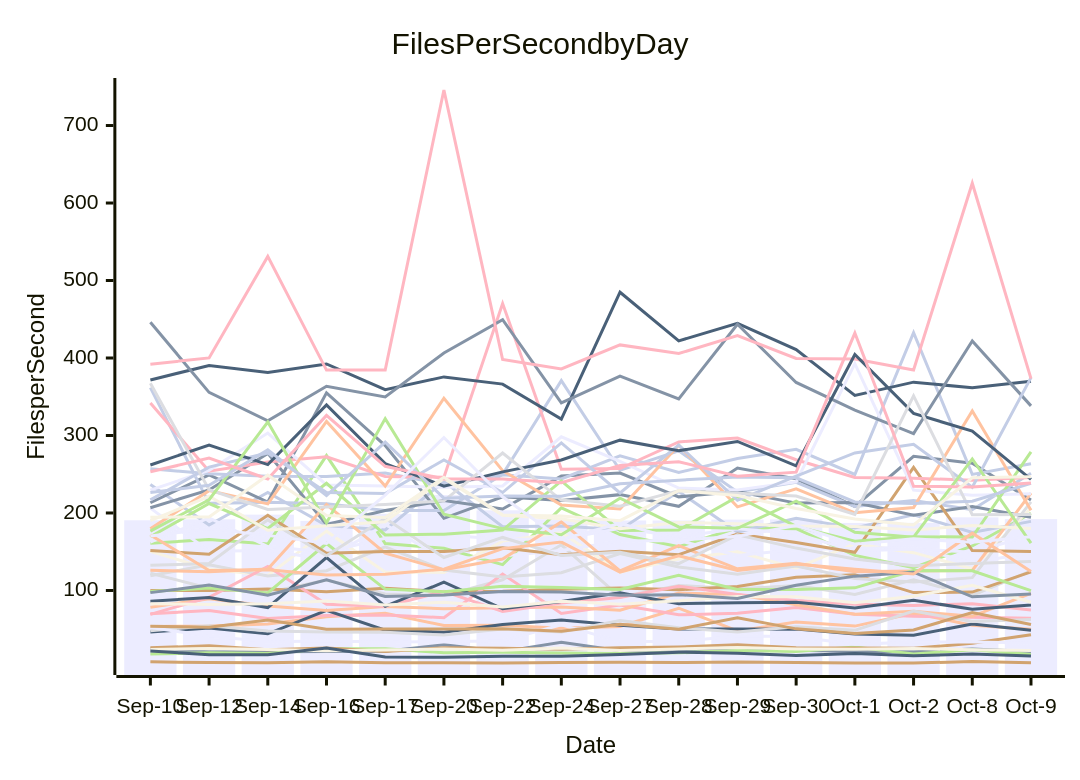
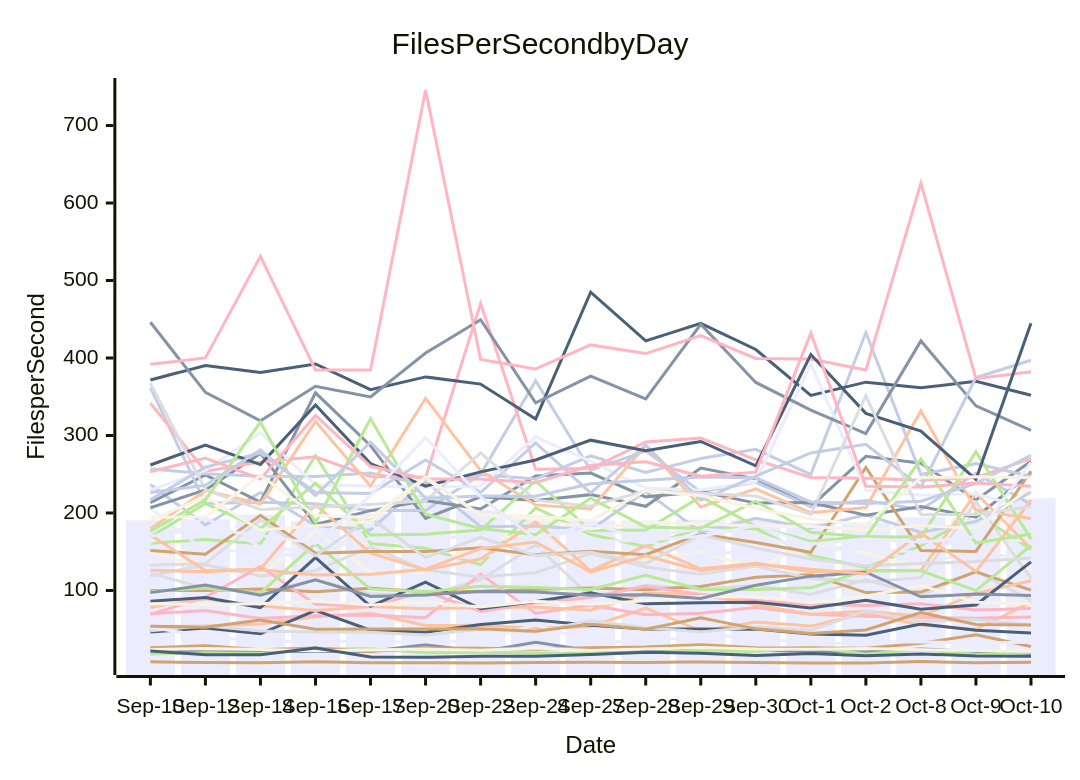
One commit to streetsidesoftware/cspell changed the diagram in perf-report.md. Above: the diagram before and after it, drawn with Mermaid. The commit also changed other lines of this file and 2 other files, not shown here.

````diff
--- a/perf-report.md
+++ b/perf-report.md
@@ -11,57 +11,57 @@
 ```mermaid
 xychart-beta
     title Files Per Second by Day
     y-axis Files per Second
-    x-axis Date [Sep-10, Sep-12, Sep-14, Sep-16, Sep-17, Sep-20, Sep-22, Sep-24, Sep-27, Sep-28, Sep-29, Sep-30, Oct-1, Oct-2, Oct-8, Oct-9]
-    bar [190.61, 191.83, 197.87, 189.83, 198.93, 223.14, 203.41, 191.85, 190.34, 190.33, 191.42, 191.65, 187.17, 187.29, 194.39, 192.05]
-    line [24.50, 21.07, 20.76, 21.20, 21.42, 29.89, 21.10, 33.29, 22.21, 22.99, 25.81, 22.79, 21.40, 20.78, 24.57, 21.27]
-    line [53.43, 54.08, 56.65, 66.08, 70.58, 54.86, 55.17, 51.26, 53.54, 77.09, 47.84, 59.17, 54.01, 70.63, 55.18, 49.90]
-    line [122.20, 102.97, 97.36, 113.44, 95.42, 93.37, 113.84, 158.94, 91.50, 106.48, 102.03, 106.46, 94.98, 113.77, 93.63, 125.18]
-    line [161.06, 165.68, 159.91, 274.11, 160.48, 154.49, 133.29, 206.55, 172.23, 156.59, 180.95, 179.76, 145.22, 129.53, 157.39, 199.58]
-    line [99.87, 99.90, 101.98, 98.46, 103.01, 98.38, 99.03, 101.47, 103.27, 100.93, 105.22, 117.10, 120.39, 97.23, 97.90, 123.96]
-    line [236.79, 184.39, 226.41, 183.84, 178.08, 240.62, 182.34, 183.11, 178.48, 227.71, 175.37, 193.07, 180.70, 197.68, 174.97, 189.16]
-    line [70.06, 74.08, 63.80, 67.85, 68.28, 64.95, 121.18, 70.33, 81.37, 68.55, 70.46, 78.07, 69.43, 66.84, 65.37, 64.09]
-    line [46.33, 51.70, 44.11, 74.38, 48.80, 46.22, 56.03, 61.86, 55.07, 50.38, 50.26, 50.11, 43.90, 42.10, 56.81, 48.66]
-    line [150.41, 127.69, 119.42, 176.53, 123.45, 123.33, 163.66, 174.86, 123.76, 140.60, 149.87, 128.75, 160.37, 148.80, 127.97, 206.50]
-    line [206.25, 150.67, 151.50, 140.12, 185.15, 139.87, 144.59, 151.47, 163.76, 164.48, 145.07, 153.00, 154.07, 155.61, 136.07, 148.26]
-    line [213.19, 249.06, 214.17, 355.08, 286.90, 193.09, 220.97, 216.09, 223.67, 208.59, 258.02, 244.00, 208.42, 273.15, 264.14, 216.71]
-    line [78.42, 89.26, 79.87, 74.03, 79.32, 76.57, 77.71, 78.68, 74.59, 96.62, 94.86, 81.46, 69.18, 73.06, 66.65, 96.25]
-    line [119.12, 133.12, 118.61, 125.51, 156.41, 126.36, 117.29, 122.97, 147.55, 130.31, 120.84, 131.56, 115.38, 110.82, 116.53, 214.42]
-    line [17.95, 19.65, 18.79, 24.79, 24.63, 19.73, 20.13, 19.16, 18.74, 19.48, 22.38, 21.10, 27.10, 18.00, 23.58, 17.31]
-    line [26.09, 28.54, 23.63, 25.87, 21.39, 25.97, 25.29, 24.28, 26.03, 27.14, 29.89, 26.22, 25.83, 25.33, 31.76, 42.94]
-    line [361.86, 212.41, 213.84, 211.89, 203.30, 203.26, 249.81, 370.77, 255.08, 280.21, 227.10, 239.56, 208.40, 216.14, 204.22, 251.15]
-    line [69.10, 91.26, 130.94, 82.16, 79.40, 98.84, 72.96, 83.85, 90.86, 105.55, 94.80, 87.05, 82.35, 80.71, 82.95, 74.90]
-    line [86.08, 90.96, 77.91, 142.49, 79.52, 110.64, 76.31, 85.79, 97.01, 82.92, 84.16, 84.72, 77.34, 87.34, 75.86, 81.29]
-    line [23.91, 25.15, 23.74, 22.20, 23.03, 24.38, 22.79, 25.90, 22.55, 24.52, 26.32, 24.36, 24.04, 25.09, 23.35, 22.45]
-    line [162.53, 193.68, 156.67, 149.67, 167.24, 171.44, 166.11, 165.94, 180.17, 169.69, 179.61, 173.13, 150.88, 153.50, 149.45, 170.98]
-    line [206.81, 229.76, 276.88, 185.15, 203.08, 216.06, 205.09, 247.61, 251.50, 220.80, 227.59, 212.73, 213.55, 197.04, 208.25, 194.51]
-    line [125.97, 124.19, 127.77, 210.87, 148.03, 126.65, 140.55, 188.49, 125.20, 157.87, 127.91, 135.21, 124.24, 125.20, 125.79, 225.70]
-    line [48.10, 54.31, 47.78, 46.42, 45.99, 42.51, 50.42, 46.36, 61.34, 51.99, 46.51, 53.11, 48.59, 73.40, 59.94, 62.62]
-    line [98.76, 103.06, 96.78, 160.57, 101.71, 98.32, 105.51, 103.82, 101.18, 119.72, 101.30, 101.24, 103.40, 125.70, 125.48, 99.76]
-    line [151.54, 146.78, 197.07, 148.01, 150.26, 150.22, 155.16, 146.16, 150.57, 146.25, 172.87, 161.95, 149.25, 258.77, 151.43, 150.43]
-    line [256.96, 250.64, 247.49, 246.97, 251.50, 236.84, 249.23, 243.91, 273.74, 252.33, 270.33, 282.14, 249.68, 432.83, 249.77, 263.65]
-    line [341.82, 253.99, 265.83, 272.53, 247.23, 246.03, 470.19, 256.56, 257.27, 291.74, 296.65, 268.66, 245.94, 244.92, 242.23, 245.65]
-    line [371.64, 390.41, 381.43, 392.33, 359.21, 375.60, 366.33, 321.23, 484.87, 422.08, 444.64, 410.96, 351.78, 368.84, 361.47, 370.09]
-    line [82.91, 82.03, 82.90, 86.51, 81.41, 84.89, 78.73, 86.02, 82.17, 86.87, 92.07, 92.00, 84.24, 92.67, 106.68, 84.76]
-    line [229.46, 255.09, 303.17, 236.15, 234.71, 233.17, 234.84, 298.34, 266.72, 232.18, 229.70, 240.06, 392.72, 229.48, 222.78, 224.66]
-    line [446.16, 355.63, 318.90, 363.44, 349.72, 406.48, 449.44, 342.12, 376.67, 347.31, 443.48, 368.45, 332.70, 302.48, 422.03, 338.21]
-    line [179.78, 228.82, 211.67, 318.15, 234.86, 348.02, 254.54, 210.42, 205.10, 287.53, 207.85, 231.21, 200.22, 207.10, 331.74, 203.63]
-    line [132.44, 134.89, 191.12, 144.91, 193.30, 142.56, 168.42, 145.10, 149.37, 134.63, 171.73, 154.69, 140.49, 131.94, 134.65, 137.28]
-    line [169.33, 212.19, 179.89, 238.35, 171.61, 172.61, 177.91, 241.32, 177.39, 178.05, 221.01, 182.74, 163.48, 169.32, 168.97, 278.92]
-    line [7.87, 6.93, 6.69, 7.98, 6.67, 6.83, 6.48, 7.18, 7.27, 6.94, 7.83, 6.98, 6.40, 6.43, 8.18, 6.76]
-    line [216.89, 259.14, 277.45, 226.45, 225.10, 268.40, 226.40, 290.41, 225.84, 287.60, 216.33, 247.70, 277.53, 288.63, 233.16, 374.71]
-    line [392.00, 400.11, 531.12, 384.37, 384.60, 745.85, 398.12, 385.90, 416.89, 405.74, 428.96, 399.50, 398.65, 384.43, 625.58, 373.38]
-    line [261.93, 287.76, 262.40, 339.51, 263.75, 234.66, 253.01, 268.39, 293.97, 280.40, 292.26, 260.88, 404.51, 328.53, 305.64, 243.36]
-    line [190.13, 221.56, 177.63, 183.43, 188.58, 244.43, 196.97, 192.51, 179.82, 187.80, 186.23, 183.20, 182.62, 177.99, 183.70, 179.89]
-    line [52.27, 41.14, 33.93, 34.79, 33.36, 33.83, 35.26, 55.80, 33.99, 34.03, 41.23, 40.49, 30.44, 33.53, 33.57, 32.29]
-    line [97.23, 107.06, 93.89, 113.70, 92.25, 94.28, 98.57, 98.01, 93.82, 94.62, 89.71, 106.79, 118.50, 123.61, 91.76, 95.32]
-    line [171.63, 125.66, 126.89, 119.89, 121.04, 127.46, 154.00, 162.49, 123.69, 144.71, 125.72, 134.25, 127.46, 121.17, 173.95, 124.58]
-    line [367.52, 230.07, 204.55, 207.72, 211.00, 215.66, 277.45, 216.60, 208.75, 228.82, 225.46, 221.92, 198.17, 351.24, 197.76, 198.13]
-    line [176.65, 217.04, 317.36, 187.32, 321.78, 198.42, 179.83, 171.82, 219.08, 181.95, 180.26, 215.27, 175.03, 168.70, 269.72, 161.18]
-    line [53.96, 52.43, 61.82, 49.92, 50.20, 50.36, 50.54, 47.43, 56.40, 49.96, 64.67, 50.46, 44.40, 48.96, 71.61, 56.00]
-    line [226.37, 235.76, 281.57, 222.43, 291.44, 219.17, 221.75, 221.55, 237.73, 242.39, 246.40, 245.33, 214.25, 212.38, 215.08, 238.25]
-    line [253.18, 270.83, 243.92, 325.88, 260.22, 243.99, 243.96, 239.11, 261.23, 266.19, 247.38, 252.69, 432.16, 234.56, 233.40, 238.56]
-    line [21.93, 17.01, 17.04, 25.59, 14.10, 13.68, 15.06, 15.07, 17.30, 20.40, 18.84, 16.01, 18.80, 15.62, 18.14, 15.49]
-    line [194.56, 194.84, 248.77, 196.63, 194.10, 246.18, 197.54, 195.96, 190.07, 228.82, 222.46, 205.73, 192.21, 184.58, 245.51, 246.82]
-    line [170.36, 179.54, 171.09, 160.76, 222.99, 297.37, 220.86, 165.88, 186.63, 165.05, 169.83, 183.91, 159.55, 166.58, 162.12, 169.35]
+    x-axis Date [Sep-10, Sep-12, Sep-14, Sep-16, Sep-17, Sep-20, Sep-22, Sep-24, Sep-27, Sep-28, Sep-29, Sep-30, Oct-1, Oct-2, Oct-8, Oct-9, Oct-10]
+    bar [190.61, 191.83, 197.87, 189.83, 198.93, 223.14, 203.41, 191.85, 190.34, 190.33, 191.42, 191.65, 187.17, 187.29, 194.39, 192.05, 218.83]
+    line [24.50, 21.07, 20.76, 21.20, 21.42, 29.89, 21.10, 33.29, 22.21, 22.99, 25.81, 22.79, 21.40, 20.78, 24.57, 21.27, 19.07]
+    line [53.43, 54.08, 56.65, 66.08, 70.58, 54.86, 55.17, 51.26, 53.54, 77.09, 47.84, 59.17, 54.01, 70.63, 55.18, 49.90, 84.72]
+    line [122.20, 102.97, 97.36, 113.44, 95.42, 93.37, 113.84, 158.94, 91.50, 106.48, 102.03, 106.46, 94.98, 113.77, 93.63, 125.18, 87.00]
+    line [161.06, 165.68, 159.91, 274.11, 160.48, 154.49, 133.29, 206.55, 172.23, 156.59, 180.95, 179.76, 145.22, 129.53, 157.39, 199.58, 152.82]
+    line [99.87, 99.90, 101.98, 98.46, 103.01, 98.38, 99.03, 101.47, 103.27, 100.93, 105.22, 117.10, 120.39, 97.23, 97.90, 123.96, 100.36]
+    line [236.79, 184.39, 226.41, 183.84, 178.08, 240.62, 182.34, 183.11, 178.48, 227.71, 175.37, 193.07, 180.70, 197.68, 174.97, 189.16, 226.87]
+    line [70.06, 74.08, 63.80, 67.85, 68.28, 64.95, 121.18, 70.33, 81.37, 68.55, 70.46, 78.07, 69.43, 66.84, 65.37, 64.09, 65.74]
+    line [46.33, 51.70, 44.11, 74.38, 48.80, 46.22, 56.03, 61.86, 55.07, 50.38, 50.26, 50.11, 43.90, 42.10, 56.81, 48.66, 45.19]
+    line [150.41, 127.69, 119.42, 176.53, 123.45, 123.33, 163.66, 174.86, 123.76, 140.60, 149.87, 128.75, 160.37, 148.80, 127.97, 206.50, 122.84]
+    line [206.25, 150.67, 151.50, 140.12, 185.15, 139.87, 144.59, 151.47, 163.76, 164.48, 145.07, 153.00, 154.07, 155.61, 136.07, 148.26, 141.19]
+    line [213.19, 249.06, 214.17, 355.08, 286.90, 193.09, 220.97, 216.09, 223.67, 208.59, 258.02, 244.00, 208.42, 273.15, 264.14, 216.71, 266.75]
+    line [78.42, 89.26, 79.87, 74.03, 79.32, 76.57, 77.71, 78.68, 74.59, 96.62, 94.86, 81.46, 69.18, 73.06, 66.65, 96.25, 112.51]
+    line [119.12, 133.12, 118.61, 125.51, 156.41, 126.36, 117.29, 122.97, 147.55, 130.31, 120.84, 131.56, 115.38, 110.82, 116.53, 214.42, 116.00]
+    line [17.95, 19.65, 18.79, 24.79, 24.63, 19.73, 20.13, 19.16, 18.74, 19.48, 22.38, 21.10, 27.10, 18.00, 23.58, 17.31, 20.37]
+    line [26.09, 28.54, 23.63, 25.87, 21.39, 25.97, 25.29, 24.28, 26.03, 27.14, 29.89, 26.22, 25.83, 25.33, 31.76, 42.94, 27.61]
+    line [361.86, 212.41, 213.84, 211.89, 203.30, 203.26, 249.81, 370.77, 255.08, 280.21, 227.10, 239.56, 208.40, 216.14, 204.22, 251.15, 211.26]
+    line [69.10, 91.26, 130.94, 82.16, 79.40, 98.84, 72.96, 83.85, 90.86, 105.55, 94.80, 87.05, 82.35, 80.71, 82.95, 74.90, 76.80]
+    line [86.08, 90.96, 77.91, 142.49, 79.52, 110.64, 76.31, 85.79, 97.01, 82.92, 84.16, 84.72, 77.34, 87.34, 75.86, 81.29, 136.91]
+    line [23.91, 25.15, 23.74, 22.20, 23.03, 24.38, 22.79, 25.90, 22.55, 24.52, 26.32, 24.36, 24.04, 25.09, 23.35, 22.45, 21.51]
+    line [162.53, 193.68, 156.67, 149.67, 167.24, 171.44, 166.11, 165.94, 180.17, 169.69, 179.61, 173.13, 150.88, 153.50, 149.45, 170.98, 162.38]
+    line [206.81, 229.76, 276.88, 185.15, 203.08, 216.06, 205.09, 247.61, 251.50, 220.80, 227.59, 212.73, 213.55, 197.04, 208.25, 194.51, 251.63]
+    line [125.97, 124.19, 127.77, 210.87, 148.03, 126.65, 140.55, 188.49, 125.20, 157.87, 127.91, 135.21, 124.24, 125.20, 125.79, 225.70, 154.24]
+    line [48.10, 54.31, 47.78, 46.42, 45.99, 42.51, 50.42, 46.36, 61.34, 51.99, 46.51, 53.11, 48.59, 73.40, 59.94, 62.62, 55.56]
+    line [98.76, 103.06, 96.78, 160.57, 101.71, 98.32, 105.51, 103.82, 101.18, 119.72, 101.30, 101.24, 103.40, 125.70, 125.48, 99.76, 158.05]
+    line [151.54, 146.78, 197.07, 148.01, 150.26, 150.22, 155.16, 146.16, 150.57, 146.25, 172.87, 161.95, 149.25, 258.77, 151.43, 150.43, 254.02]
+    line [256.96, 250.64, 247.49, 246.97, 251.50, 236.84, 249.23, 243.91, 273.74, 252.33, 270.33, 282.14, 249.68, 432.83, 249.77, 263.65, 247.10]
+    line [341.82, 253.99, 265.83, 272.53, 247.23, 246.03, 470.19, 256.56, 257.27, 291.74, 296.65, 268.66, 245.94, 244.92, 242.23, 245.65, 270.12]
+    line [371.64, 390.41, 381.43, 392.33, 359.21, 375.60, 366.33, 321.23, 484.87, 422.08, 444.64, 410.96, 351.78, 368.84, 361.47, 370.09, 351.86]
+    line [82.91, 82.03, 82.90, 86.51, 81.41, 84.89, 78.73, 86.02, 82.17, 86.87, 92.07, 92.00, 84.24, 92.67, 106.68, 84.76, 82.82]
+    line [229.46, 255.09, 303.17, 236.15, 234.71, 233.17, 234.84, 298.34, 266.72, 232.18, 229.70, 240.06, 392.72, 229.48, 222.78, 224.66, 204.36]
+    line [446.16, 355.63, 318.90, 363.44, 349.72, 406.48, 449.44, 342.12, 376.67, 347.31, 443.48, 368.45, 332.70, 302.48, 422.03, 338.21, 306.48]
+    line [179.78, 228.82, 211.67, 318.15, 234.86, 348.02, 254.54, 210.42, 205.10, 287.53, 207.85, 231.21, 200.22, 207.10, 331.74, 203.63, 192.81]
+    line [132.44, 134.89, 191.12, 144.91, 193.30, 142.56, 168.42, 145.10, 149.37, 134.63, 171.73, 154.69, 140.49, 131.94, 134.65, 137.28, 142.04]
+    line [169.33, 212.19, 179.89, 238.35, 171.61, 172.61, 177.91, 241.32, 177.39, 178.05, 221.01, 182.74, 163.48, 169.32, 168.97, 278.92, 166.54]
+    line [7.87, 6.93, 6.69, 7.98, 6.67, 6.83, 6.48, 7.18, 7.27, 6.94, 7.83, 6.98, 6.40, 6.43, 8.18, 6.76, 7.44]
+    line [216.89, 259.14, 277.45, 226.45, 225.10, 268.40, 226.40, 290.41, 225.84, 287.60, 216.33, 247.70, 277.53, 288.63, 233.16, 374.71, 397.16]
+    line [392.00, 400.11, 531.12, 384.37, 384.60, 745.85, 398.12, 385.90, 416.89, 405.74, 428.96, 399.50, 398.65, 384.43, 625.58, 373.38, 382.28]
+    line [261.93, 287.76, 262.40, 339.51, 263.75, 234.66, 253.01, 268.39, 293.97, 280.40, 292.26, 260.88, 404.51, 328.53, 305.64, 243.36, 444.70]
+    line [190.13, 221.56, 177.63, 183.43, 188.58, 244.43, 196.97, 192.51, 179.82, 187.80, 186.23, 183.20, 182.62, 177.99, 183.70, 179.89, 233.14]
+    line [52.27, 41.14, 33.93, 34.79, 33.36, 33.83, 35.26, 55.80, 33.99, 34.03, 41.23, 40.49, 30.44, 33.53, 33.57, 32.29, 33.27]
+    line [97.23, 107.06, 93.89, 113.70, 92.25, 94.28, 98.57, 98.01, 93.82, 94.62, 89.71, 106.79, 118.50, 123.61, 91.76, 95.32, 93.61]
+    line [171.63, 125.66, 126.89, 119.89, 121.04, 127.46, 154.00, 162.49, 123.69, 144.71, 125.72, 134.25, 127.46, 121.17, 173.95, 124.58, 216.72]
+    line [367.52, 230.07, 204.55, 207.72, 211.00, 215.66, 277.45, 216.60, 208.75, 228.82, 225.46, 221.92, 198.17, 351.24, 197.76, 198.13, 208.30]
+    line [176.65, 217.04, 317.36, 187.32, 321.78, 198.42, 179.83, 171.82, 219.08, 181.95, 180.26, 215.27, 175.03, 168.70, 269.72, 161.18, 172.81]
+    line [53.96, 52.43, 61.82, 49.92, 50.20, 50.36, 50.54, 47.43, 56.40, 49.96, 64.67, 50.46, 44.40, 48.96, 71.61, 56.00, 55.29]
+    line [226.37, 235.76, 281.57, 222.43, 291.44, 219.17, 221.75, 221.55, 237.73, 242.39, 246.40, 245.33, 214.25, 212.38, 215.08, 238.25, 274.47]
+    line [253.18, 270.83, 243.92, 325.88, 260.22, 243.99, 243.96, 239.11, 261.23, 266.19, 247.38, 252.69, 432.16, 234.56, 233.40, 238.56, 234.64]
+    line [21.93, 17.01, 17.04, 25.59, 14.10, 13.68, 15.06, 15.07, 17.30, 20.40, 18.84, 16.01, 18.80, 15.62, 18.14, 15.49, 15.23]
+    line [194.56, 194.84, 248.77, 196.63, 194.10, 246.18, 197.54, 195.96, 190.07, 228.82, 222.46, 205.73, 192.21, 184.58, 245.51, 246.82, 245.36]
+    line [170.36, 179.54, 171.09, 160.76, 222.99, 297.37, 220.86, 165.88, 186.63, 165.05, 169.83, 183.91, 159.55, 166.58, 162.12, 169.35, 265.31]
 ```
````
